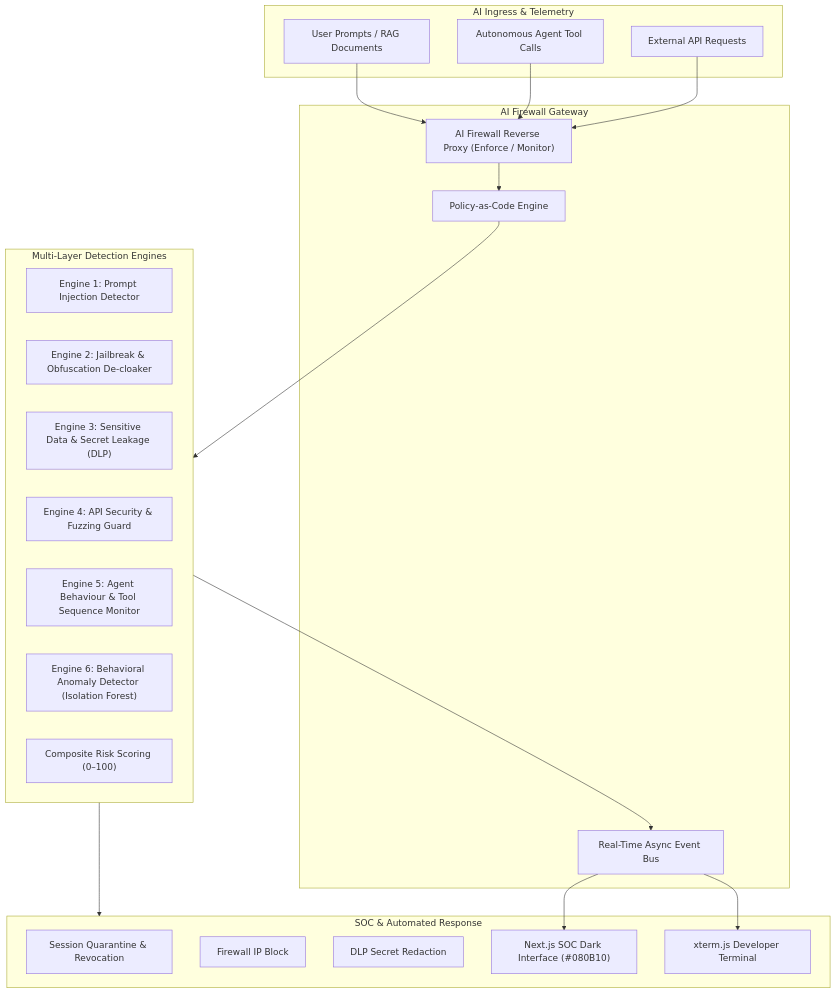
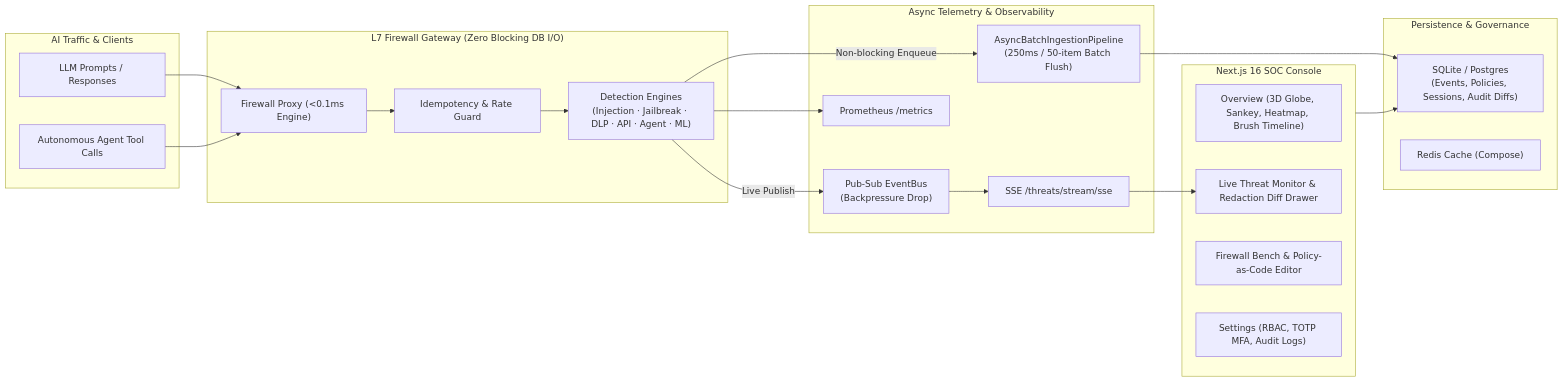
One commit to A1B2C3D4E5F6G7H8I9J0164-hack/Agent-Guard changed the diagram in README.md. Above: the diagram before and after it, drawn with Mermaid. The commit also changed other lines of this file and 19 other files, not shown here.

````diff
--- a/README.md
+++ b/README.md
@@ -22,43 +28,42 @@
 ```mermaid
-flowchart TD
-    subgraph Ingress ["AI Ingress & Telemetry"]
-        UserPrompt["User Prompts / RAG Documents"]
-        AgentCalls["Autonomous Agent Tool Calls"]
-        APITraffic["External API Requests"]
+flowchart LR
+    subgraph Ingress["AI Traffic & Clients"]
+        Prompt["LLM Prompts / Responses"]
+        Agent["Autonomous Agent Tool Calls"]
     end
 
-    subgraph DefenseGateway ["AI Firewall Gateway"]
-        Proxy["AI Firewall Reverse Proxy (Enforce / Monitor)"]
-        Policy["Policy-as-Code Engine"]
-        Bus["Real-Time Async Event Bus"]
+    subgraph HotPath["L7 Firewall Gateway (Zero Blocking DB I/O)"]
+        Proxy["Firewall Proxy (<0.1ms Engine)"]
+        Engines["Detection Engines\n(Injection · Jailbreak · DLP · API · Agent · ML)"]
+        Idem["Idempotency & Rate Guard"]
     end
 
-    subgraph SecurityEngines ["Multi-Layer Detection Engines"]
-        E1["Engine 1: Prompt Injection Detector"]
-        E2["Engine 2: Jailbreak & Obfuscation De-cloaker"]
-        E3["Engine 3: Sensitive Data & Secret Leakage (DLP)"]
-        E4["Engine 4: API Security & Fuzzing Guard"]
-        E5["Engine 5: Agent Behaviour & Tool Sequence Monitor"]
-        E6["Engine 6: Behavioral Anomaly Detector (Isolation Forest)"]
-        E7["Composite Risk Scoring (0–100)"]
+    subgraph AsyncPipeline["Async Telemetry & Observability"]
+        Queue["AsyncBatchIngestionPipeline\n(250ms / 50-item Batch Flush)"]
+        Bus["Pub-Sub EventBus\n(Backpressure Drop)"]
+        Prom["Prometheus /metrics"]
+        SSE["SSE /threats/stream/sse"]
     end
 
-    subgraph ResponseLayer ["SOC & Automated Response"]
-        Quarantine["Session Quarantine & Revocation"]
-        Block["Firewall IP Block"]
-        Redact["DLP Secret Redaction"]
-        Dashboard["Next.js SOC Dark Interface (#080B10)"]
-        CLI["xterm.js Developer Terminal"]
+    subgraph Storage["Persistence & Governance"]
+        DB["SQLite / Postgres\n(Events, Policies, Sessions, Audit Diffs)"]
+        Redis["Redis Cache (Compose)"]
     end
 
-    UserPrompt --> Proxy
-    AgentCalls --> Proxy
-    APITraffic --> Proxy
+    subgraph Console["Next.js 16 SOC Console"]
+        Vis["Overview (3D Globe, Sankey, Heatmap, Brush Timeline)"]
+        Mon["Live Threat Monitor & Redaction Diff Drawer"]
+        FW["Firewall Bench & Policy-as-Code Editor"]
+        Auth["Settings (RBAC, TOTP MFA, Audit Logs)"]
+    end
 
-    Proxy --> Policy
-    Policy --> SecurityEngines
-    SecurityEngines --> Bus
-    Bus --> Dashboard
-    Bus --> CLI
-    SecurityEngines --> ResponseLayer
+    Prompt --> Proxy
+    Agent --> Proxy
+    Proxy --> Idem --> Engines
+    Engines -->|Non-blocking Enqueue| Queue
+    Engines -->|Live Publish| Bus
+    Engines --> Prom
+    Queue --> DB
+    Bus --> SSE --> Mon
+    Console --> DB
 ```
````
